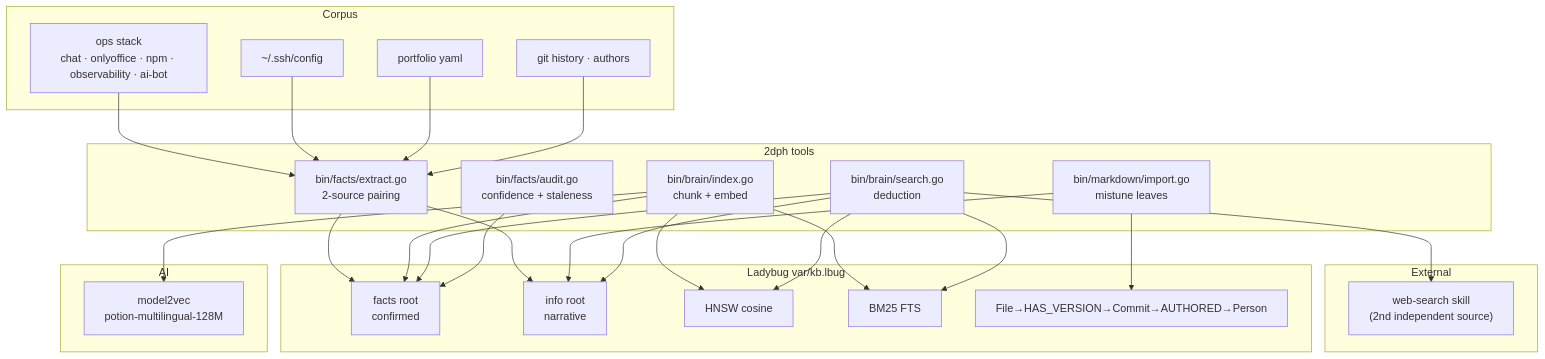
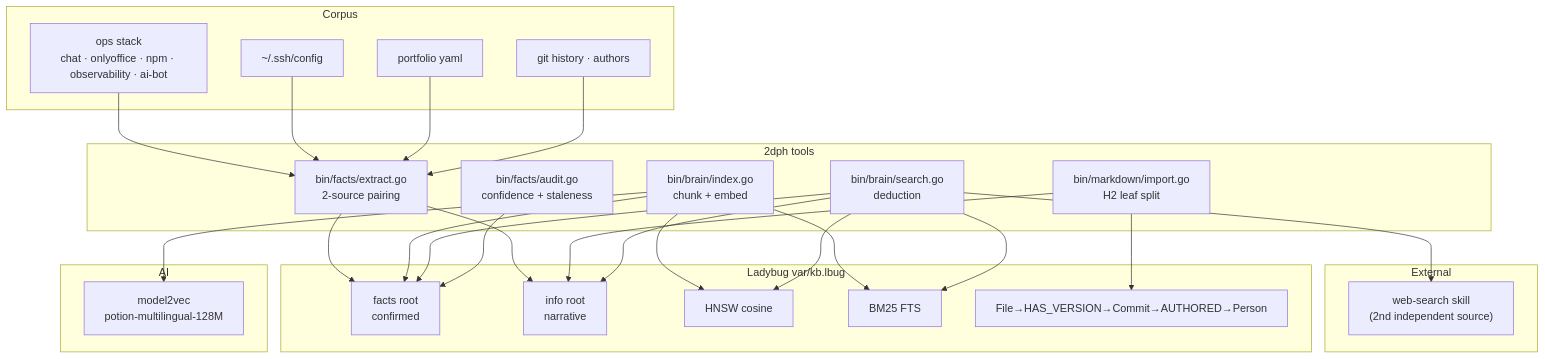
The diagram in README.md (eSlider/2dph), drawn with Mermaid before and after one commit. The commit also changed 8 other files, not shown here.

First line of the commit message:
feat: markdown import splits H2 leafs in Go

````diff
--- a/README.md
+++ b/README.md
@@ -21,52 +21,52 @@
 ```mermaid
 graph TB
     subgraph corpus["Corpus"]
         OPS["ops stack<br/>chat · onlyoffice · npm · observability · ai-bot"]
         SSH["~/.ssh/config"]
         CV["portfolio yaml"]
         GH["git history · authors"]
     end
 
     subgraph dph["2dph tools"]
         EX["bin/facts/extract.go<br/>2-source pairing"]
         AU["bin/facts/audit.go<br/>confidence + staleness"]
         IDX["bin/brain/index.go<br/>chunk + embed"]
-        MD["bin/markdown/import.go<br/>mistune leaves"]
+        MD["bin/markdown/import.go<br/>H2 leaf split"]
         SR["bin/brain/search.go<br/>deduction"]
     end
 
     subgraph store["Ladybug var/kb.lbug"]
         FACTS["facts root<br/>confirmed"]
         INFO["info root<br/>narrative"]
         VEC["HNSW cosine"]
         FTS["BM25 FTS"]
         GR["File→HAS_VERSION→Commit→AUTHORED→Person"]
     end
 
     subgraph ai["AI"]
         M2V["model2vec<br/>potion-multilingual-128M"]
     end
 
     subgraph ext["External"]
         WS["web-search skill<br/>(2nd independent source)"]
     end
 
     OPS --> EX
     SSH --> EX
     CV --> EX
     GH --> EX
     EX --> FACTS
     EX --> INFO
     MD --> GR
     MD --> INFO
     IDX --> M2V
     IDX --> VEC
     IDX --> FTS
     IDX --> FACTS
     SR --> FACTS
     SR --> INFO
     SR --> VEC
     SR --> FTS
     SR --> WS
     AU --> FACTS
 ```
````
